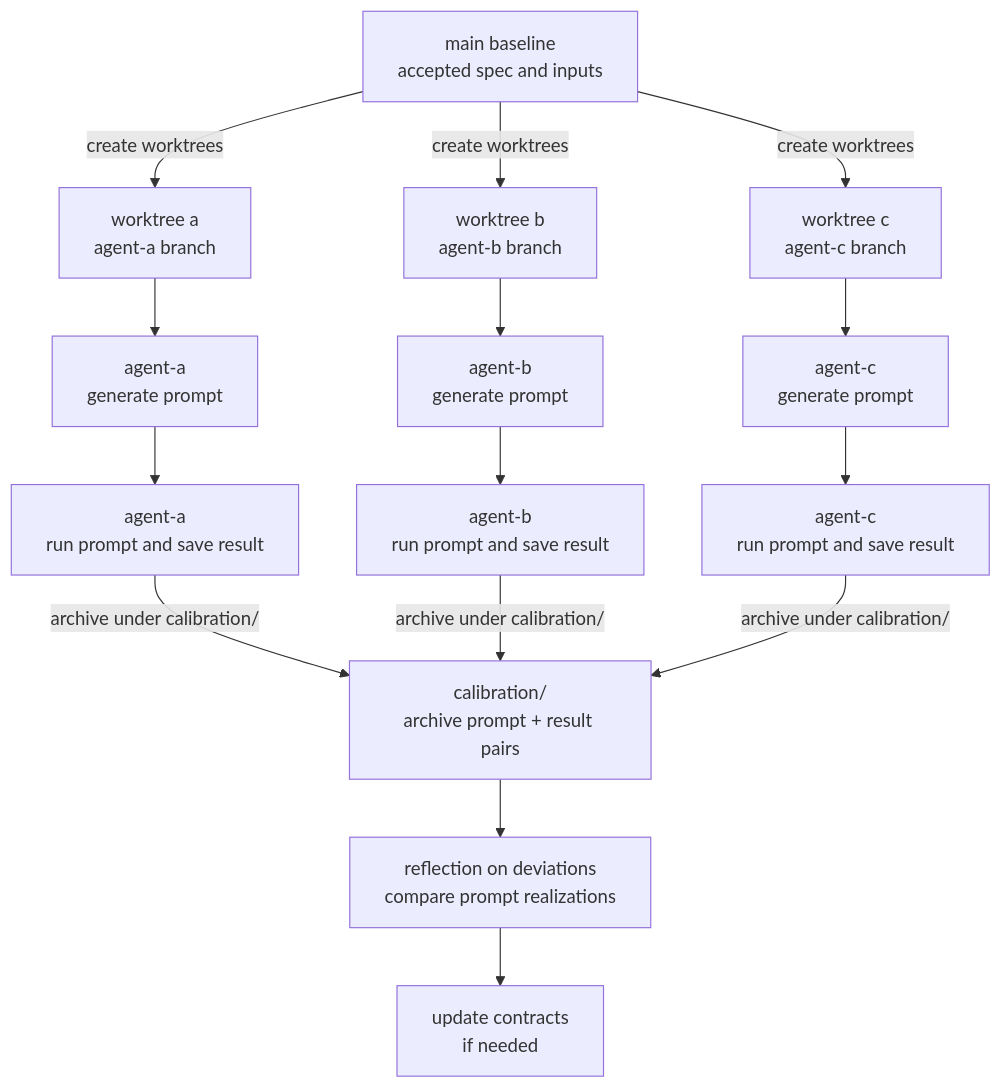
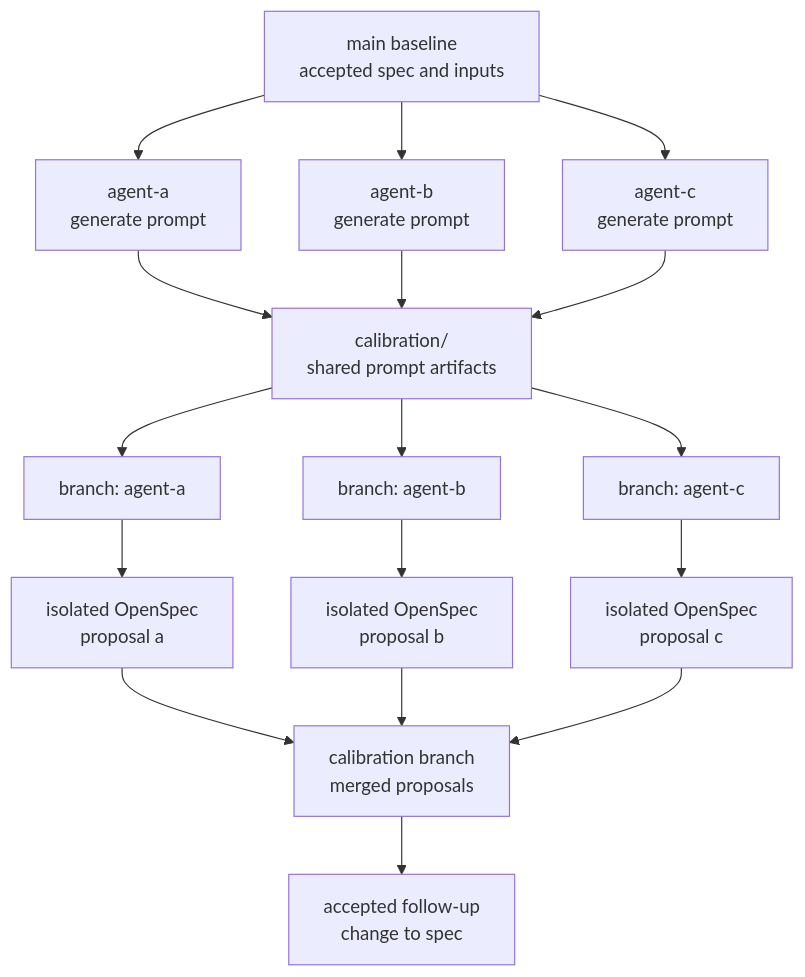
Before and after one commit to dtcc-platform/udt-platforms-mapping: the second of 2 diagrams in README.md, drawn with Mermaid. The commit also changed other lines of this file and 7 other files, not shown here.

````diff
--- a/README.md
+++ b/README.md
@@ -153,54 +171,54 @@
 ```mermaid
 flowchart TD
     M["main baseline
 accepted spec and inputs"]
-
-    W1["worktree a
-agent-a branch"]
-    W2["worktree b
-agent-b branch"]
-    W3["worktree c
-agent-c branch"]
 
     P1["agent-a
 generate prompt"]
     P2["agent-b
 generate prompt"]
     P3["agent-c
 generate prompt"]
 
-    R1["agent-a
-run prompt and save result"]
-    R2["agent-b
-run prompt and save result"]
-    R3["agent-c
-run prompt and save result"]
+    C["calibration/
+shared prompt artifacts"]
 
-    C["calibration/
-archive prompt + result pairs"]
+    B1["branch: agent-a"]
+    B2["branch: agent-b"]
+    B3["branch: agent-c"]
 
-    F["reflection on deviations
-compare prompt realizations"]
+    O1["isolated OpenSpec
+proposal a"]
+    O2["isolated OpenSpec
+proposal b"]
+    O3["isolated OpenSpec
+proposal c"]
 
-    U["update contracts
-if needed"]
+    CB["calibration branch
+merged proposals"]
 
-    M -->|create worktrees| W1
-    M -->|create worktrees| W2
-    M -->|create worktrees| W3
+    U["accepted follow-up
+change to spec"]
 
-    W1 --> P1
-    W2 --> P2
-    W3 --> P3
+    M --> P1
+    M --> P2
+    M --> P3
 
-    P1 --> R1
-    P2 --> R2
-    P3 --> R3
+    P1 --> C
+    P2 --> C
+    P3 --> C
 
-    R1 -->|archive under calibration/| C
-    R2 -->|archive under calibration/| C
-    R3 -->|archive under calibration/| C
+    C --> B1
+    C --> B2
+    C --> B3
 
-    C --> F
-    F --> U
+    B1 --> O1
+    B2 --> O2
+    B3 --> O3
+
+    O1 --> CB
+    O2 --> CB
+    O3 --> CB
+
+    CB --> U
 ```
````
